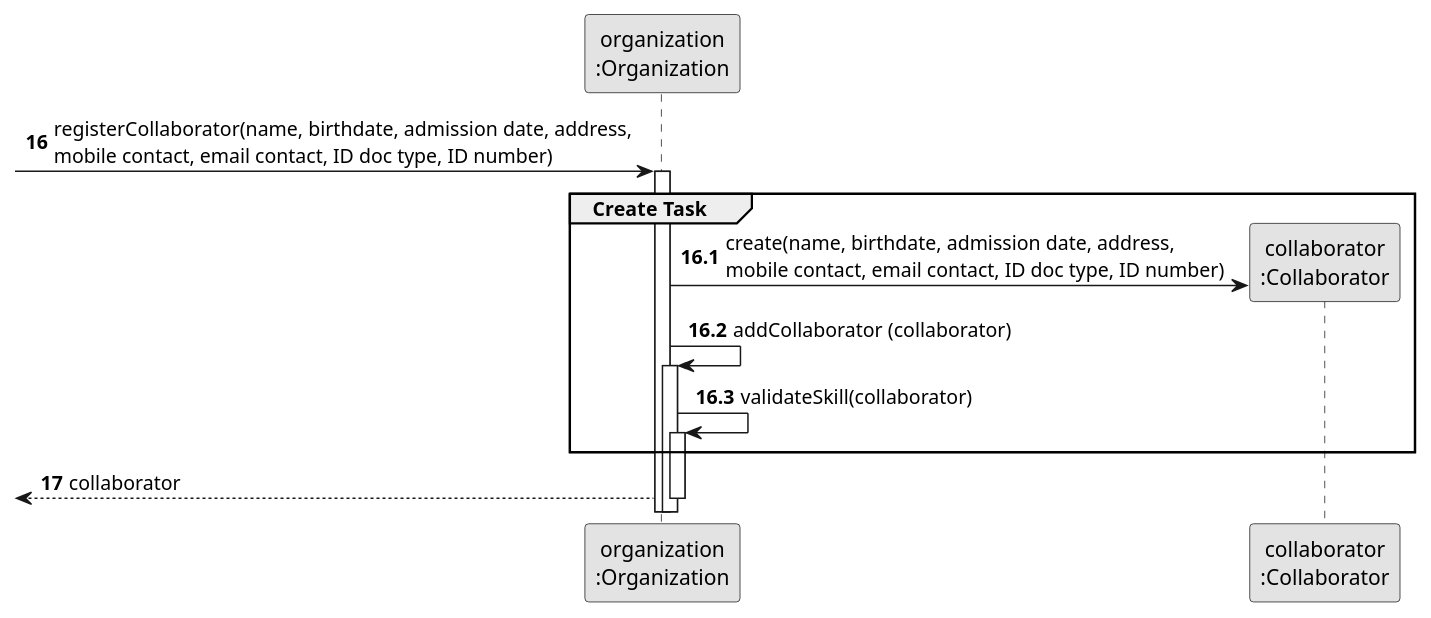
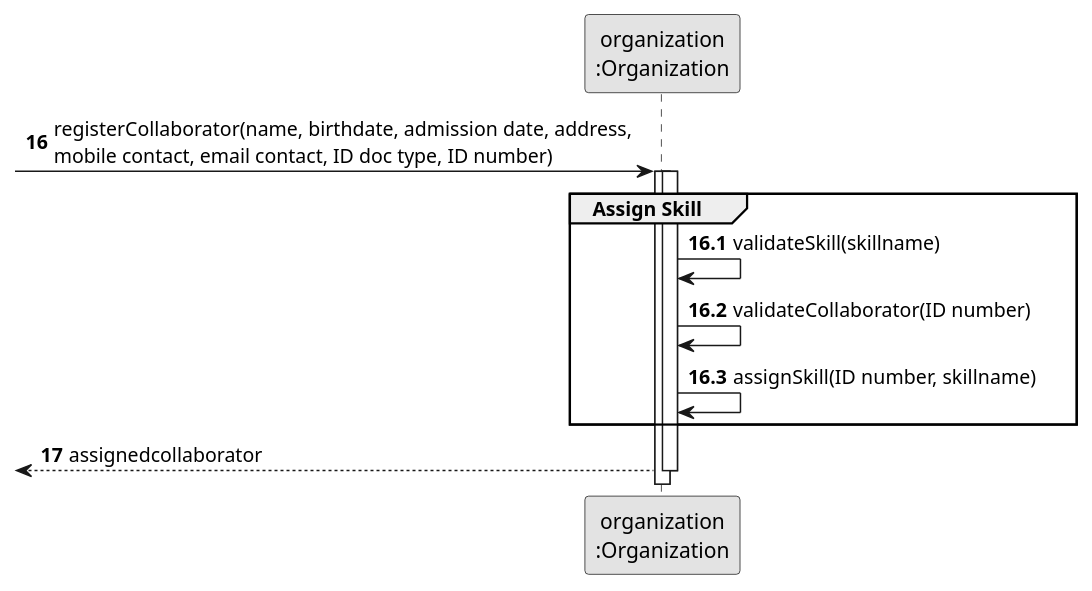
The diagram in docs/sprint2/us004/03.design/puml/us004-sequence-diagram-partial-assign-skill.puml (tiagosoa/lei-24-s2-1dgh-g073), drawn with PlantUML before and after one commit. The commit also changed 21 other files, not shown here.

```diff
--- a/docs/sprint2/us004/03.design/puml/us004-sequence-diagram-partial-assign-skill.puml
+++ b/docs/sprint2/us004/03.design/puml/us004-sequence-diagram-partial-assign-skill.puml
@@ -1,29 +1,27 @@
 @startuml
 skinparam monochrome true
 skinparam packageStyle rectangle
 skinparam shadowing false
 
 participant "organization\n:Organization" as ORG
-participant "collaborator\n:Collaborator" as COLABORADOR
 
 autonumber 16
 -> ORG: registerCollaborator(name, birthdate, admission date, address, \nmobile contact, email contact, ID doc type, ID number)
 
 autonumber 16.1
 activate ORG
-    group Create Task
-
-        ORG -> COLABORADOR**: create(name, birthdate, admission date, address, \nmobile contact, email contact, ID doc type, ID number)
-        ORG -> ORG: addCollaborator (collaborator)
+    group Assign Skill
 
         activate ORG
-            ORG -> ORG: validateSkill(collaborator)
-            activate ORG
+            ORG -> ORG: validateSkill(skillname)
+            ORG -> ORG: validateCollaborator(ID number)
+            ORG -> ORG: assignSkill(ID number, skillname)
+
     end
 
     autonumber 17
-    <-- ORG : collaborator
+    <-- ORG : assignedcollaborator
 deactivate ORG
 
 
 @enduml
```
